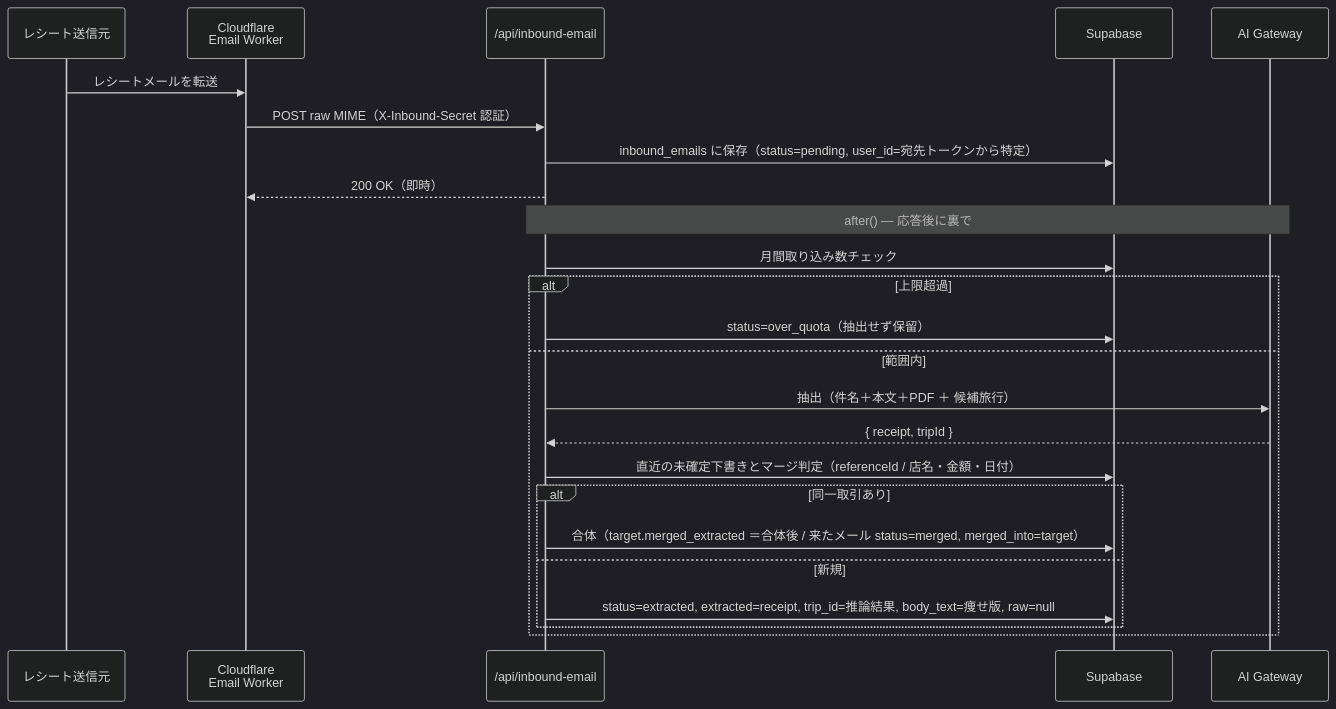
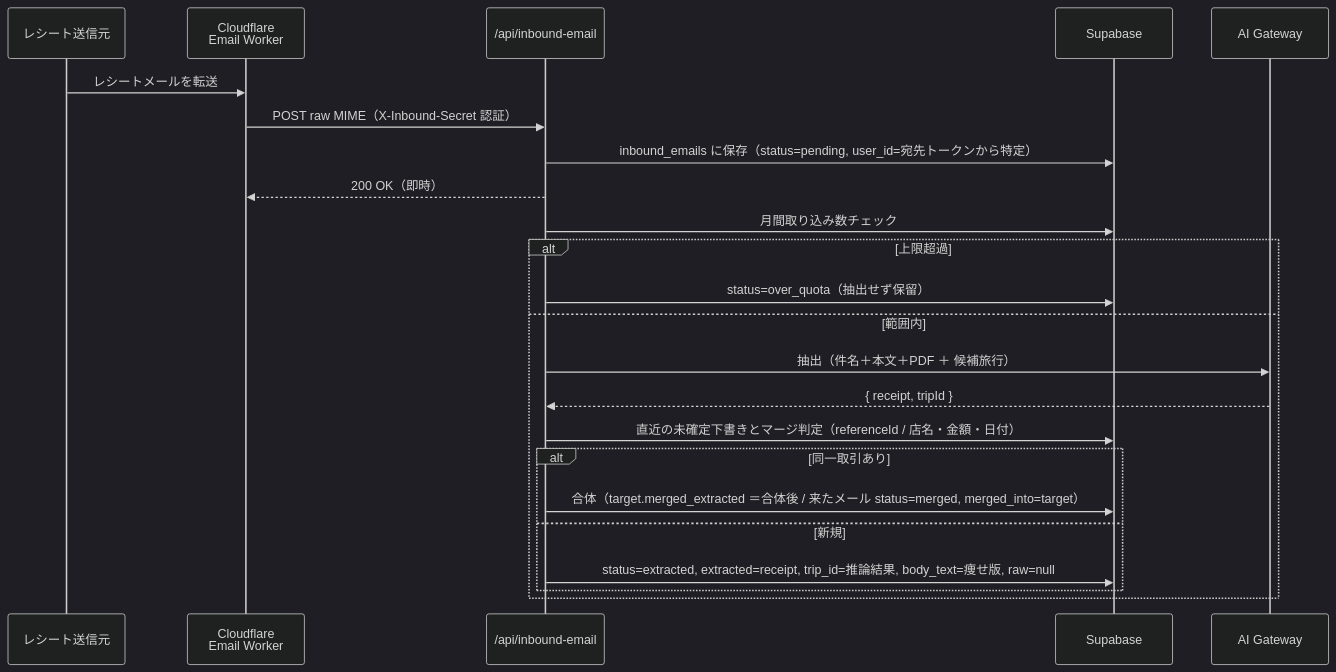
Before and after one commit to shidetake/triplot: the first of 4 diagrams in docs/import-flow.md, drawn with Mermaid (dark theme). The commit also changed other lines of this file, not shown here.

Commit message:
docs: シーケンス図から after() の帯を削除
前後関係（200を返してから抽出/リトライが走る）は縦順で表現済み。
"応答後に裏で" の帯は冗長で、フェーズ区切り＝間が空くと誤読させていた。

````diff
--- a/docs/import-flow.md
+++ b/docs/import-flow.md
@@ -21,28 +21,26 @@
 ```mermaid
 sequenceDiagram
   participant S as レシート送信元
   participant CF as Cloudflare<br/>Email Worker
   participant API as /api/inbound-email
   participant DB as Supabase
   participant LLM as AI Gateway
 
   S->>CF: レシートメールを転送
   CF->>API: POST raw MIME（X-Inbound-Secret 認証）
   API->>DB: inbound_emails に保存（status=pending, user_id=宛先トークンから特定）
   API-->>CF: 200 OK（即時）
-
-  Note over API,LLM: after() — 応答後に裏で
   API->>DB: 月間取り込み数チェック
   alt 上限超過
     API->>DB: status=over_quota（抽出せず保留）
   else 範囲内
     API->>LLM: 抽出（件名＋本文＋PDF ＋ 候補旅行）
     LLM-->>API: { receipt, tripId }
     API->>DB: 直近の未確定下書きとマージ判定（referenceId / 店名・金額・日付）
     alt 同一取引あり
       API->>DB: 合体（target.merged_extracted ＝合体後 / 来たメール status=merged, merged_into=target）
     else 新規
       API->>DB: status=extracted, extracted=receipt, trip_id=推論結果, body_text=痩せ版, raw=null
     end
   end
 ```
````
